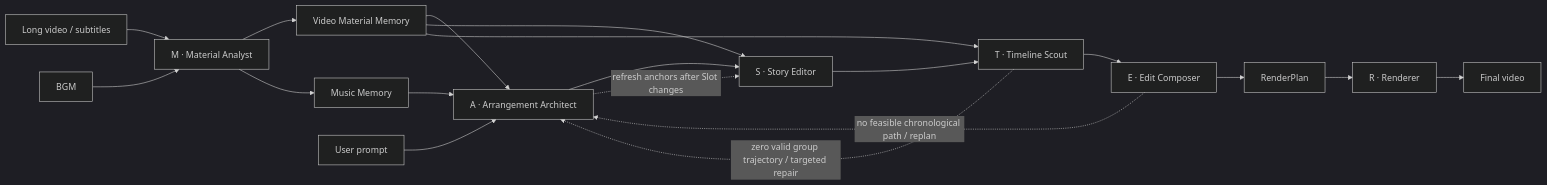
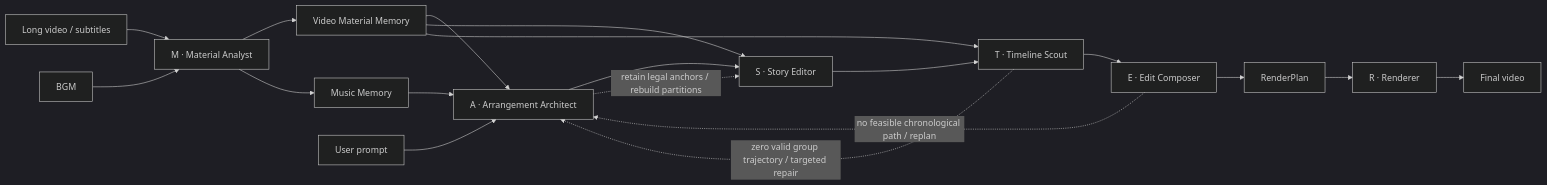
Before and after one commit to hit-felix-chen/CutMaster: the diagram in README_EN.md, drawn with Mermaid (dark theme). The commit also changed other lines of this file and 6 other files, not shown here.

Commit message:
update readme and diagram

````diff
--- a/README_EN.md
+++ b/README_EN.md
@@ -75,23 +77,23 @@
 ```mermaid
 flowchart LR
     V["Long video / subtitles"] --> M["M · Material Analyst"]
     B["BGM"] --> M
     M --> VM["Video Material Memory"]
     M --> MU["Music Memory"]
 
     P["User prompt"] --> A["A · Arrangement Architect"]
     VM --> A
     MU --> A
     A --> S["S · Story Editor"]
     VM --> S
     S --> T["T · Timeline Scout"]
     VM --> T
     T --> E["E · Edit Composer"]
     E --> RP["RenderPlan"]
     RP --> RD["R · Renderer"]
     RD --> O["Final video"]
 
     T -. "zero valid group trajectory / targeted repair" .-> A
     E -. "no feasible chronological path / replan" .-> A
-    A -. "refresh anchors after Slot changes" .-> S
+    A -. "retain legal anchors / rebuild partitions" .-> S
 ```
````
